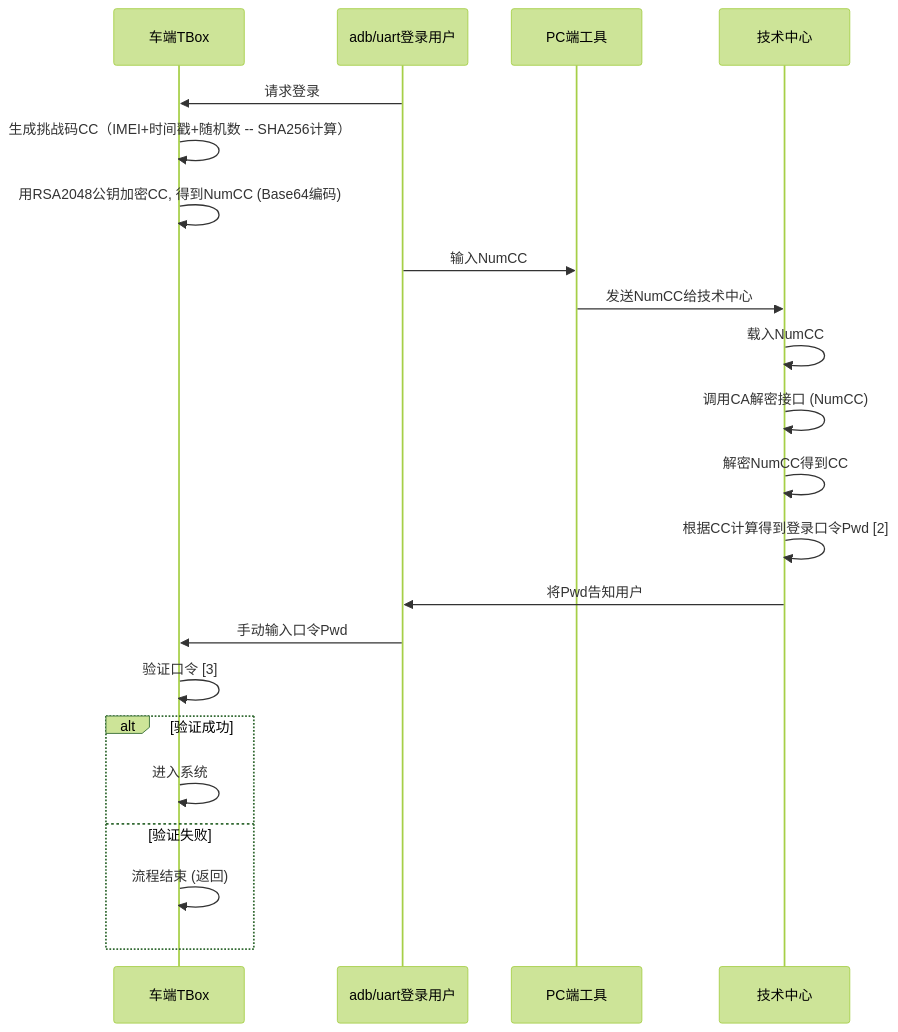
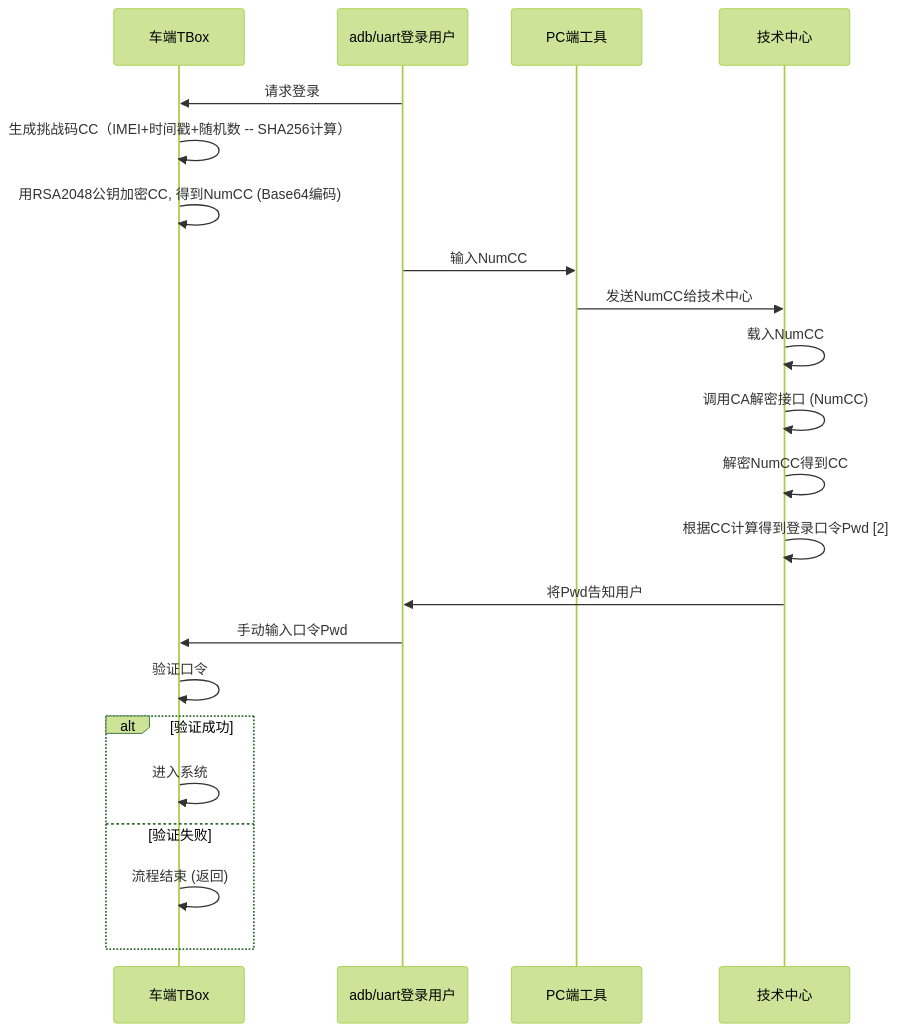
The diagram in all/未命名-13.md (facebook-cloud/iodraw-files), drawn with Mermaid (forest theme) before and after one commit.

Commit message:
2026-01-26 18:57:20 update

````diff
--- a/all/未命名-13.md
+++ b/all/未命名-13.md
@@ -1,28 +1,28 @@
 ```mermaid
 sequenceDiagram
     participant tbox as 车端TBox
     participant user as adb/uart登录用户
     participant pc as PC端工具
     participant tech_center as 技术中心
   
 
     user->>tbox: 请求登录
     tbox->>tbox: 生成挑战码CC（IMEI+时间戳+随机数 -- SHA256计算）
     tbox->>tbox: 用RSA2048公钥加密CC, 得到NumCC (Base64编码)
     user->>pc: 输入NumCC
     pc->>tech_center: 发送NumCC给技术中心
     tech_center->>tech_center: 载入NumCC
     tech_center->>tech_center: 调用CA解密接口 (NumCC)
     tech_center->>tech_center: 解密NumCC得到CC
     tech_center->>tech_center: 根据CC计算得到登录口令Pwd [2]
     tech_center->>user: 将Pwd告知用户
     user->>tbox: 手动输入口令Pwd
-    tbox->>tbox: 验证口令 [3]
+    tbox->>tbox: 验证口令 
     alt 验证成功
         tbox->>tbox: 进入系统
     else 验证失败
         tbox->>tbox: 流程结束 (返回)
     end
 
 
 ```
````
